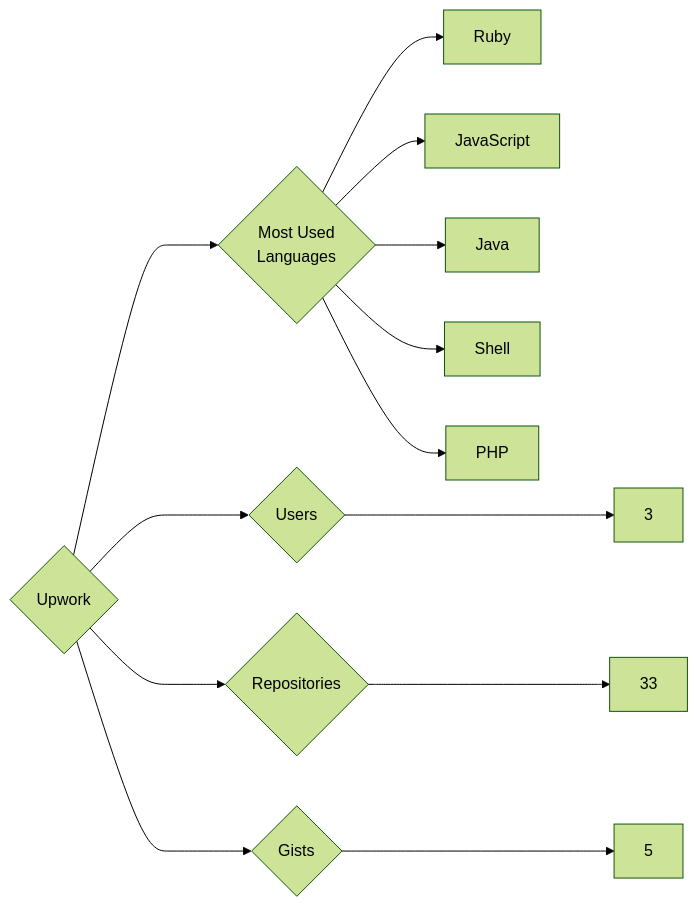
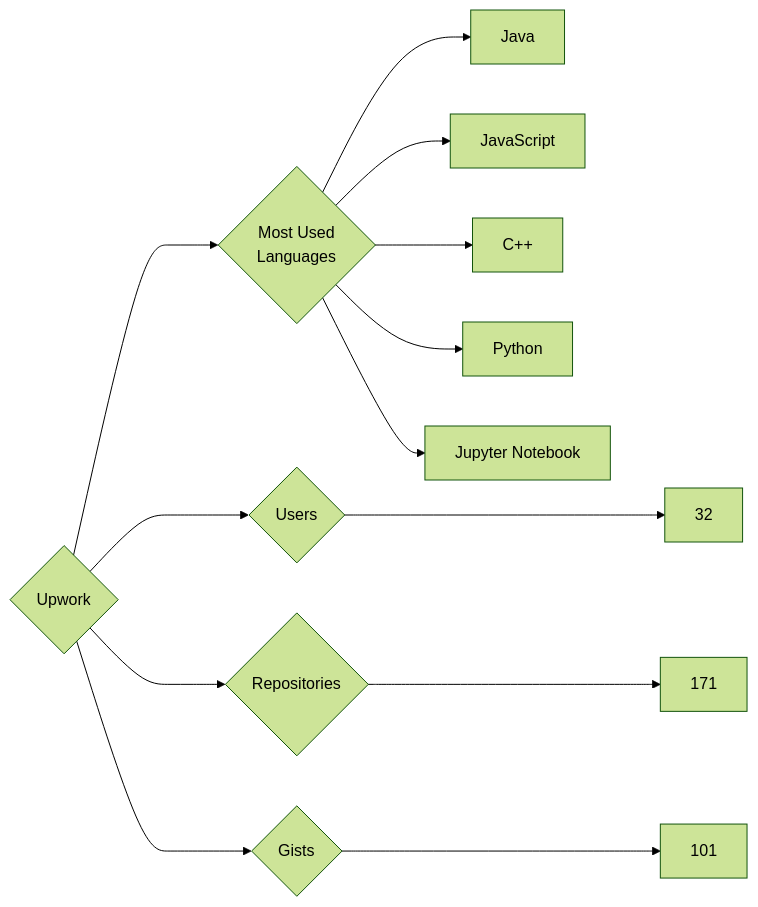
One commit to trickest/insiders changed the diagram in targets/Upwork/README.md. Above: the diagram before and after it, drawn with Mermaid (forest theme). The commit also changed 839 other files, not shown here.

````diff
--- a/targets/Upwork/README.md
+++ b/targets/Upwork/README.md
@@ -3,13 +3,13 @@
 ```mermaid
 graph LR
 COMPANY_NAME{Upwork}
-COMPANY_NAME ---> U{Users} ---> UN[3]
-COMPANY_NAME ---> R{Repositories} ---> RN[33]
-COMPANY_NAME ---> G{Gists} ---> GN[5]
+COMPANY_NAME ---> U{Users} ---> UN[32]
+COMPANY_NAME ---> R{Repositories} ---> RN[171]
+COMPANY_NAME ---> G{Gists} ---> GN[101]
 COMPANY_NAME ---> ML{Most Used<br>Languages}
-ML --> Ruby[Ruby]
+ML --> Java[Java]
 ML --> JavaScript[JavaScript]
-ML --> Java[Java]
-ML --> Shell[Shell]
-ML --> PHP[PHP]
+ML --> C++[C++]
+ML --> Python[Python]
+ML --> Jupyter_Notebook[Jupyter Notebook]
 ```
````
